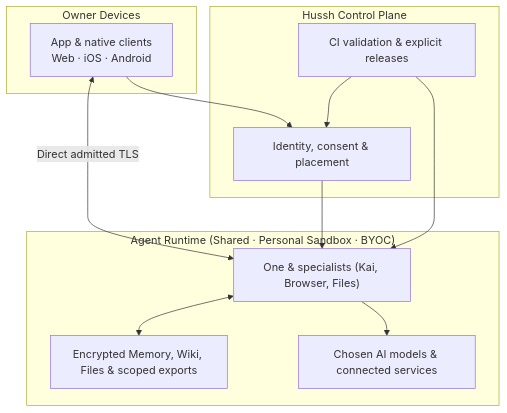
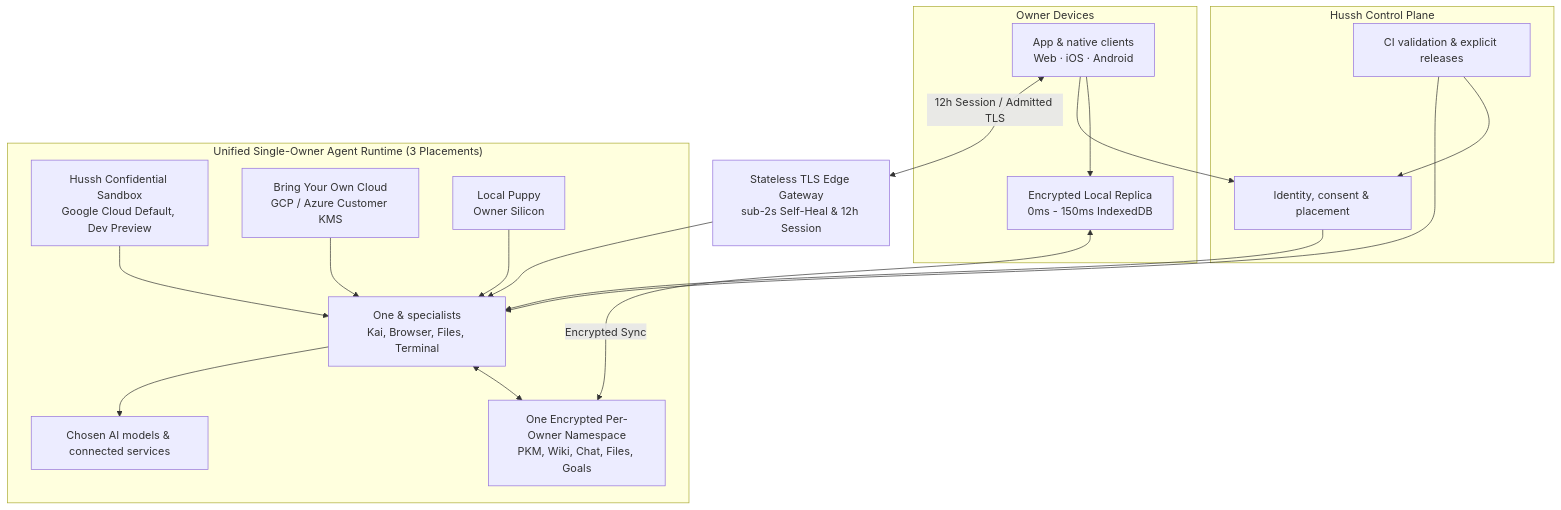
The diagram in docs/architecture/README.md (hushh-labs/hushh-research), drawn with Mermaid before and after one commit. The commit also changed other lines of this file and 103 other files, not shown here.

First line of the commit message:
fix(sandbox): close unified confidential sandbox cutover gaps (#9744)

````diff
--- a/docs/architecture/README.md
+++ b/docs/architecture/README.md
@@ -20,25 +20,37 @@
 ```mermaid
 flowchart TB
   subgraph ClientLayer["Owner Devices"]
     clients["App & native clients<br/>Web · iOS · Android"]
+    replica["Encrypted Local Replica<br/>0ms - 150ms IndexedDB"]
   end
 
   subgraph ControlPlane["Hussh Control Plane"]
     control["Identity, consent & placement"]
     delivery["CI validation & explicit releases"]
   end
 
-  subgraph RuntimeLayer["Agent Runtime (Shared · Personal Sandbox · BYOC)"]
-    one["One & specialists (Kai, Browser, Files)"]
-    information["Encrypted Memory, Wiki, Files & scoped exports"]
+  Edge["Stateless TLS Edge Gateway<br/>sub-2s Self-Heal & 12h Session"]
+
+  subgraph RuntimeLayer["Unified Single-Owner Agent Runtime (3 Placements)"]
+    confidential["Hussh Confidential Sandbox<br/>Google Cloud Default, Dev Preview"]
+    byoc["Bring Your Own Cloud<br/>GCP / Azure Customer KMS"]
+    puppy["Local Puppy<br/>Owner Silicon"]
+    one["One & specialists<br/>Kai, Browser, Files, Terminal"]
+    information["One Encrypted Per-Owner Namespace<br/>PKM, Wiki, Chat, Files, Goals"]
     services["Chosen AI models & connected services"]
   end
 
+  clients --> replica
+  replica <-->|"Encrypted Sync"| information
   clients --> control
-  clients <-->|Direct admitted TLS| one
+  clients <-->|"12h Session / Admitted TLS"| Edge
+  Edge --> one
   control --> one
+  confidential --> one
+  byoc --> one
+  puppy --> one
   one <--> information
   one --> services
   delivery --> control
   delivery --> one
 ```
````
